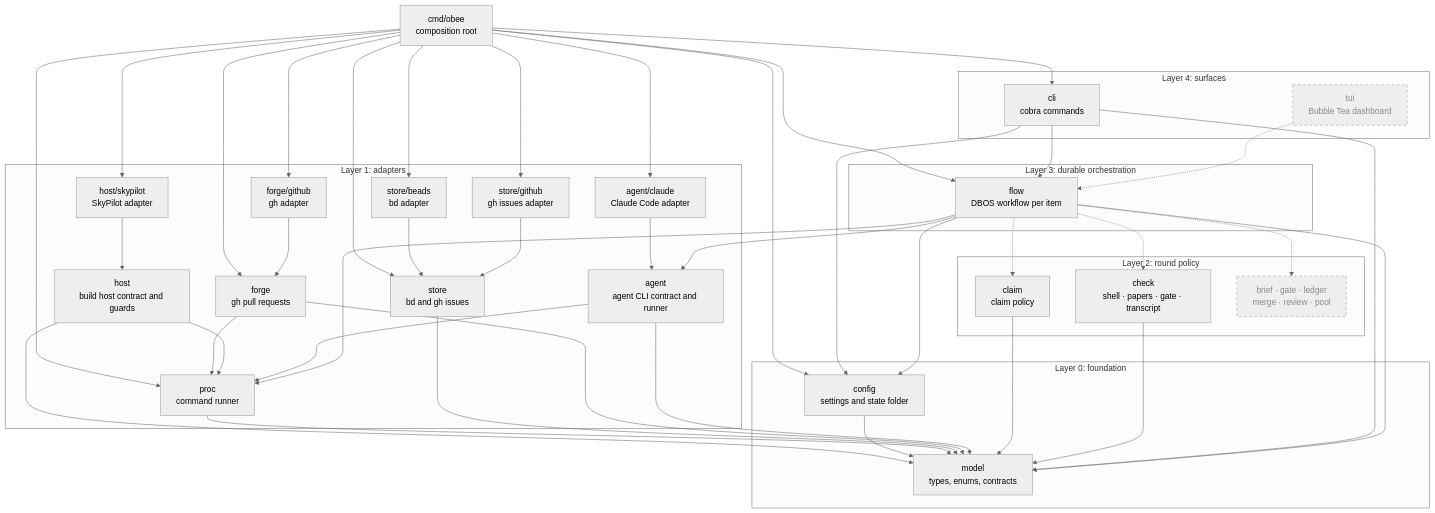
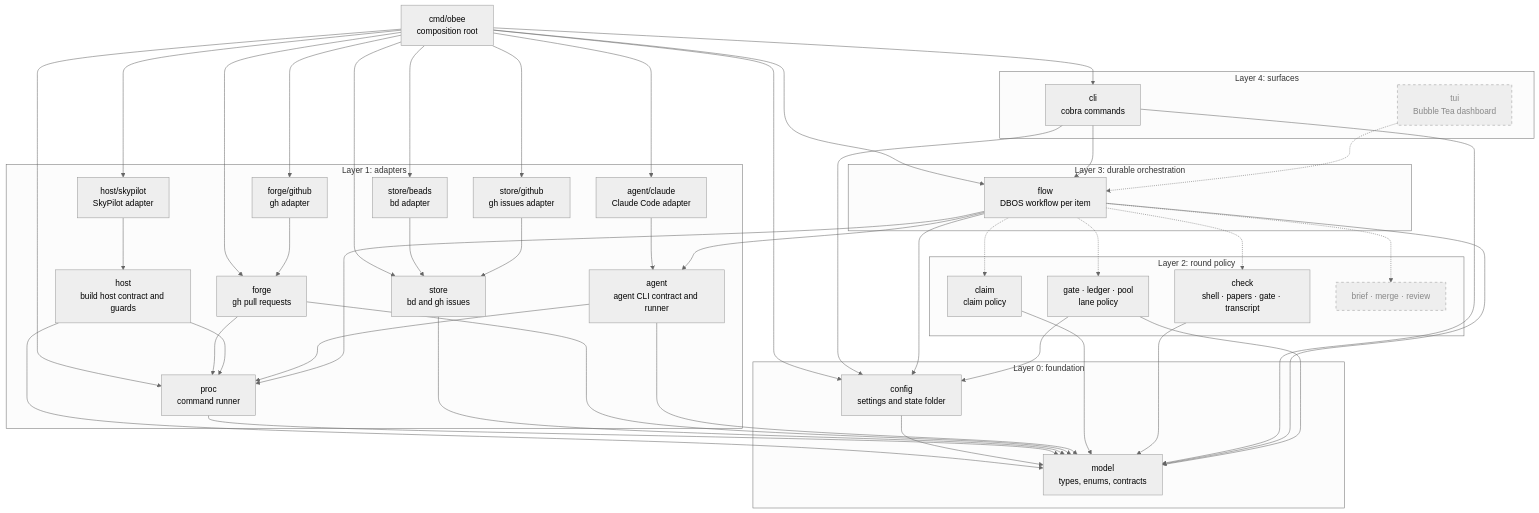
Before and after one commit to tobocop2/beehave: the first of 3 diagrams in docs/architecture.md, drawn with Mermaid (neutral theme). The commit also changed other lines of this file and 32 other files, not shown here.

````diff
--- a/docs/architecture.md
+++ b/docs/architecture.md
@@ -24,7 +24,8 @@
     subgraph L2["Layer 2: round policy"]
         claim["claim<br/>claim policy"]
         check["check<br/>shell · papers · gate · transcript"]
-        policy["brief · gate · ledger<br/>merge · review · pool"]:::planned
+        policy["gate · ledger · pool<br/>lane policy"]
+        later["brief · merge · review"]:::planned
     end
 
     subgraph L1["Layer 1: adapters"]
@@ -85,6 +86,9 @@
     flow -.-> claim
     flow -.-> check
     flow -.-> policy
+    flow -.-> later
+    policy --> model
+    policy --> config
 
     classDef planned stroke-dasharray: 5 5,color:#888
 ```
````
